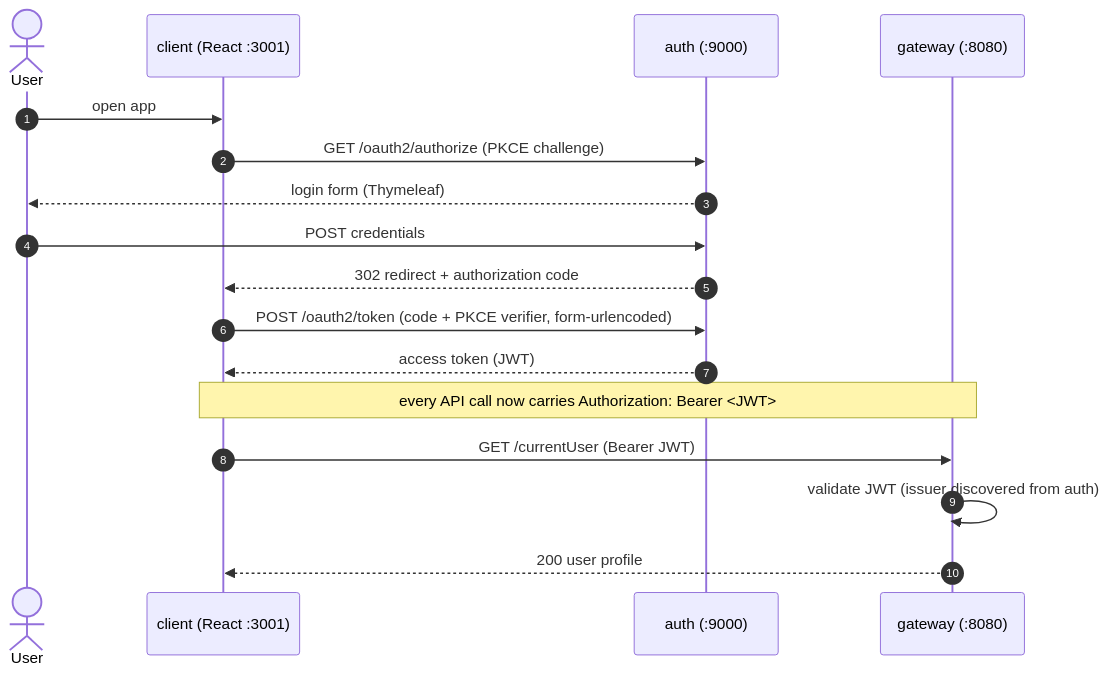
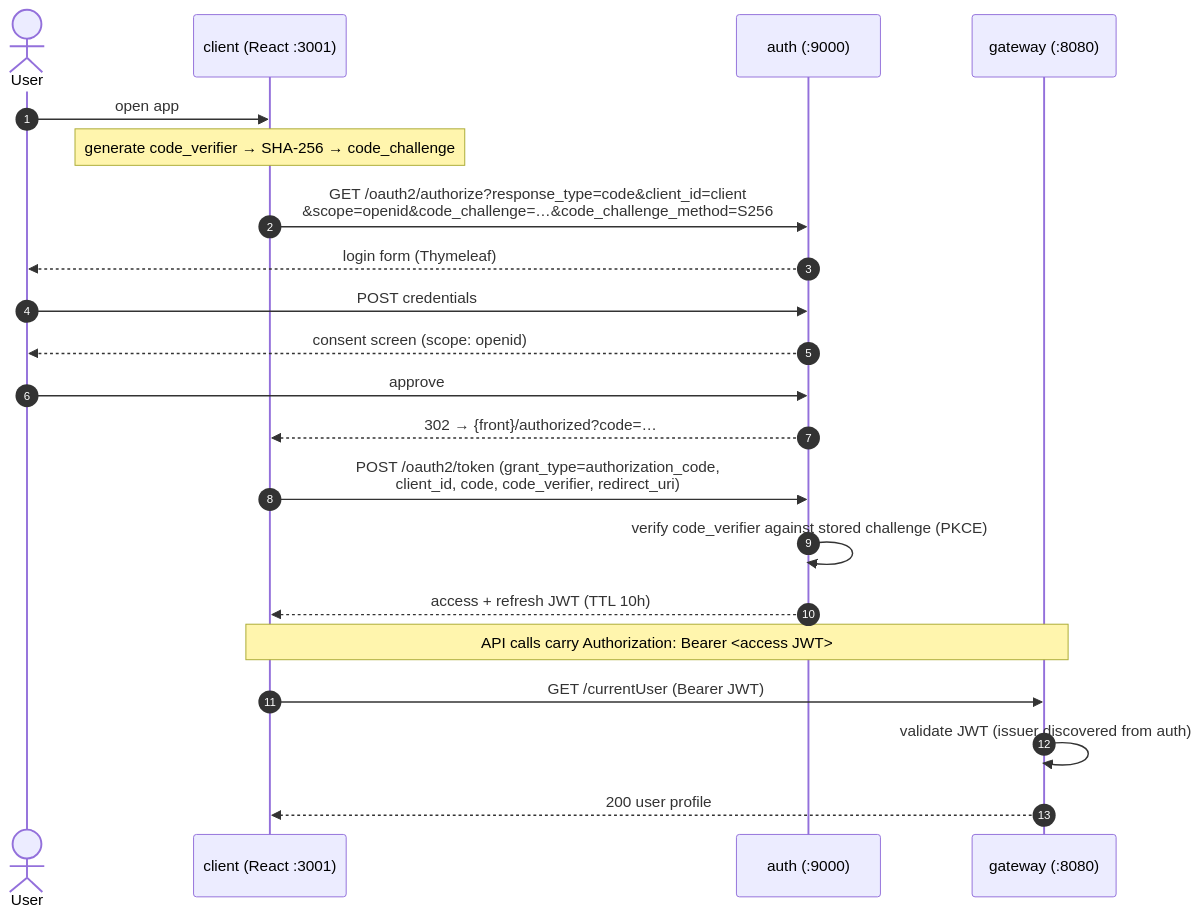
One commit to nelakov/rangiffler changed the first of 3 diagrams in README.md. Above: the diagram before and after it, drawn with Mermaid. The commit also changed other lines of this file and 3 other files, not shown here.

First line of the commit message:
fix(auth): make the SPA a public OAuth2 client (drop client secret)

````diff
--- a/README.md
+++ b/README.md
@@ -87,20 +87,24 @@
 ```mermaid
 sequenceDiagram
     autonumber
     actor U as User
     participant SPA as client (React :3001)
     participant AUTH as auth (:9000)
     participant GW as gateway (:8080)
 
     U->>SPA: open app
-    SPA->>AUTH: GET /oauth2/authorize (PKCE challenge)
+    Note over SPA: generate code_verifier → SHA-256 → code_challenge
+    SPA->>AUTH: GET /oauth2/authorize?response_type=code&client_id=client<br/>&scope=openid&code_challenge=…&code_challenge_method=S256
     AUTH-->>U: login form (Thymeleaf)
     U->>AUTH: POST credentials
-    AUTH-->>SPA: 302 redirect + authorization code
-    SPA->>AUTH: POST /oauth2/token (code + PKCE verifier, form-urlencoded)
-    AUTH-->>SPA: access token (JWT)
-    Note over SPA,GW: every API call now carries Authorization: Bearer <JWT>
+    AUTH-->>U: consent screen (scope: openid)
+    U->>AUTH: approve
+    AUTH-->>SPA: 302 → {front}/authorized?code=…
+    SPA->>AUTH: POST /oauth2/token (grant_type=authorization_code,<br/>client_id, code, code_verifier, redirect_uri)
+    AUTH->>AUTH: verify code_verifier against stored challenge (PKCE)
+    AUTH-->>SPA: access + refresh JWT (TTL 10h)
+    Note over SPA,GW: API calls carry Authorization: Bearer <access JWT>
     SPA->>GW: GET /currentUser (Bearer JWT)
     GW->>GW: validate JWT (issuer discovered from auth)
     GW-->>SPA: 200 user profile
 ```
````
